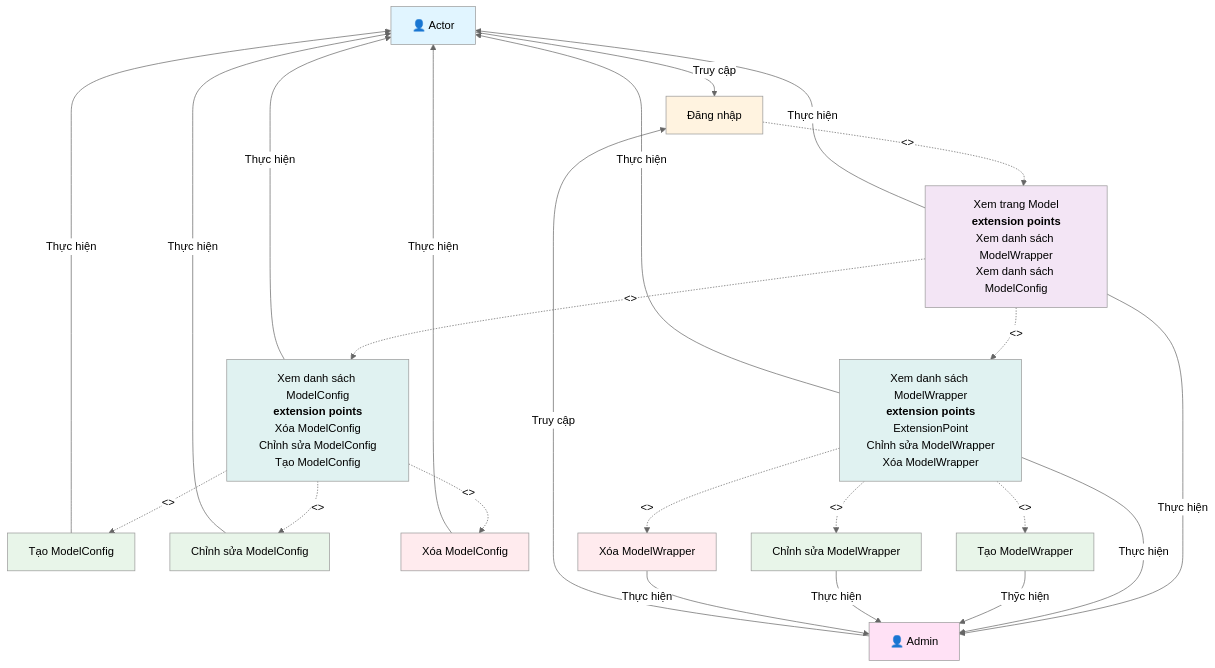
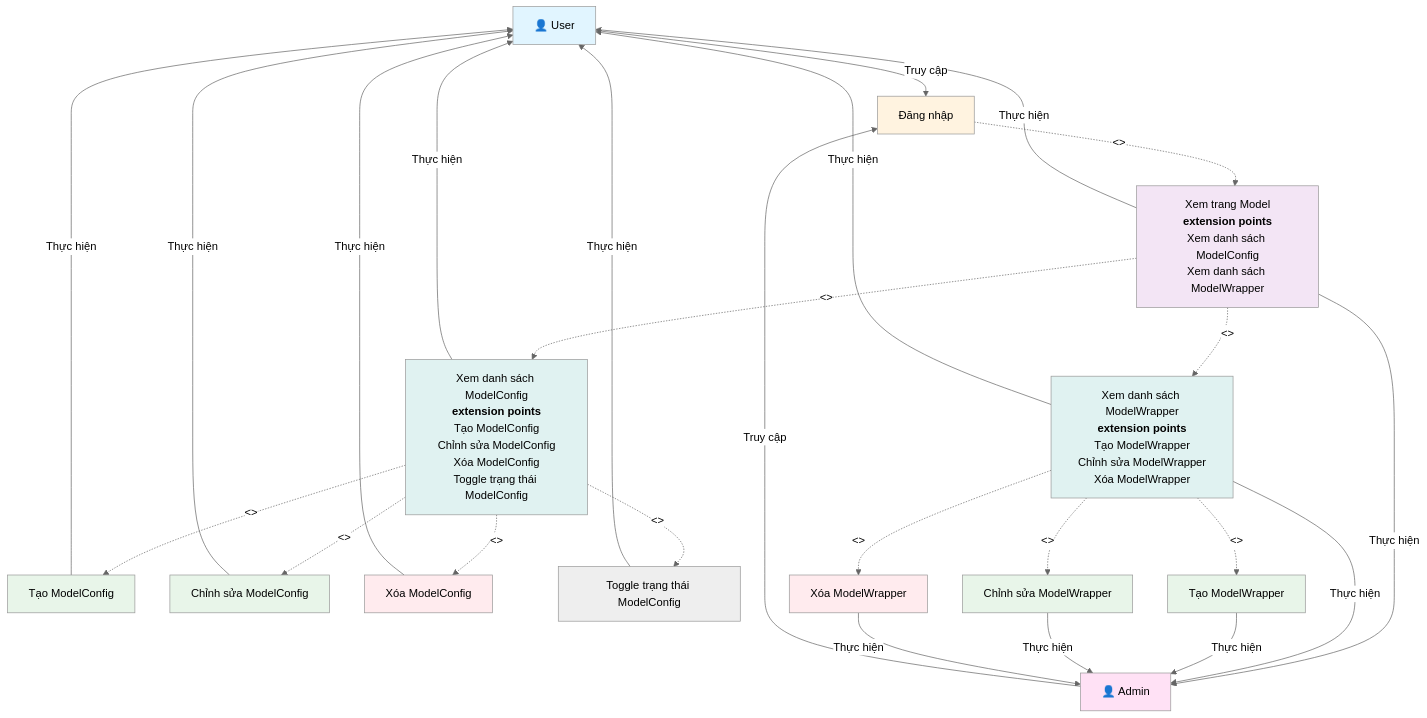
One commit to mduc-2610/gp_doc changed the diagram in model_config/1_model_config_usecase.md. Above: the diagram before and after it, drawn with Mermaid (neutral theme). The commit also changed 16 other files, not shown here.

Commit message:
update model config

````diff
--- a/model_config/1_model_config_usecase.md
+++ b/model_config/1_model_config_usecase.md
@@ -3,64 +3,68 @@
 ```mermaid
 graph TB
-    Actor["👤 Actor"]
+    Actor["👤 User"]
     AdminActor["👤 Admin"]
     
     Login["Đăng nhập"]
-    AccessModelPage["Xem trang Model<br/><b>extension points</b><br/>Xem danh sách ModelWrapper<br/>Xem danh sách ModelConfig"]
+    AccessModelPage["Xem trang Model<br/><b>extension points</b><br/>Xem danh sách ModelConfig<br/>Xem danh sách ModelWrapper"]
     
-    ViewModelConfigList["Xem danh sách ModelConfig<br/><b>extension points</b><br/>Xóa ModelConfig<br/>Chỉnh sửa ModelConfig<br/>Tạo ModelConfig"]
-    ViewWrapperList["Xem danh sách ModelWrapper<br/><b>extension points</b><br/>ExtensionPoint<br/>Chỉnh sửa ModelWrapper<br/>Xóa ModelWrapper"]
+    ViewModelConfigList["Xem danh sách ModelConfig<br/><b>extension points</b><br/>Tạo ModelConfig<br/>Chỉnh sửa ModelConfig<br/>Xóa ModelConfig<br/>Toggle trạng thái ModelConfig"]
+    ViewWrapperList["Xem danh sách ModelWrapper<br/><b>extension points</b><br/>Tạo ModelWrapper<br/>Chỉnh sửa ModelWrapper<br/>Xóa ModelWrapper"]
     
     CreateModelConfig["Tạo ModelConfig"]
     EditModelConfig["Chỉnh sửa ModelConfig"]
     DeleteModelConfig["Xóa ModelConfig"]
+    ToggleModelConfig["Toggle trạng thái ModelConfig"]
     
     CreateWrapper["Tạo ModelWrapper"]
     EditWrapper["Chỉnh sửa ModelWrapper"]
     DeleteWrapper["Xóa ModelWrapper"]
     
     Actor -->|Truy cập| Login
     AdminActor -->|Truy cập| Login
     
     Login -.->|<<Include>>| AccessModelPage
     AccessModelPage -->|Thực hiện| Actor
     AccessModelPage -->|Thực hiện| AdminActor
     
     AccessModelPage -.->|<<Extend>>| ViewModelConfigList
     ViewModelConfigList -->|Thực hiện| Actor
     
     AccessModelPage -.->|<<Extend>>| ViewWrapperList
     ViewWrapperList -->|Thực hiện| Actor
     ViewWrapperList -->|Thực hiện| AdminActor
     
     ViewModelConfigList -.->|<<Extend>>| CreateModelConfig
     CreateModelConfig -->|Thực hiện| Actor
     
     ViewModelConfigList -.->|<<Extend>>| EditModelConfig
     EditModelConfig -->|Thực hiện| Actor
     
     ViewModelConfigList -.->|<<Extend>>| DeleteModelConfig
     DeleteModelConfig -->|Thực hiện| Actor
     
+    ViewModelConfigList -.->|<<Extend>>| ToggleModelConfig
+    ToggleModelConfig -->|Thực hiện| Actor
+    
     ViewWrapperList -.->|<<Extend>>| CreateWrapper
-    CreateWrapper -->|Thỹc hiện| AdminActor
+    CreateWrapper -->|Thực hiện| AdminActor
     
     ViewWrapperList -.->|<<Extend>>| EditWrapper
     EditWrapper -->|Thực hiện| AdminActor
     
     ViewWrapperList -.->|<<Extend>>| DeleteWrapper
     DeleteWrapper -->|Thực hiện| AdminActor
     
     style Actor fill:#e1f5ff
     style AdminActor fill:#ffe1f5
     style Login fill:#fff3e0
     style AccessModelPage fill:#f3e5f5
     style ViewModelConfigList fill:#e0f2f1
     style ViewWrapperList fill:#e0f2f1
     style EditModelConfig fill:#e8f5e9
     style CreateModelConfig fill:#e8f5e9
     style DeleteModelConfig fill:#ffebee
     style EditWrapper fill:#e8f5e9
     style CreateWrapper fill:#e8f5e9
     style DeleteWrapper fill:#ffebee
 ```
````
